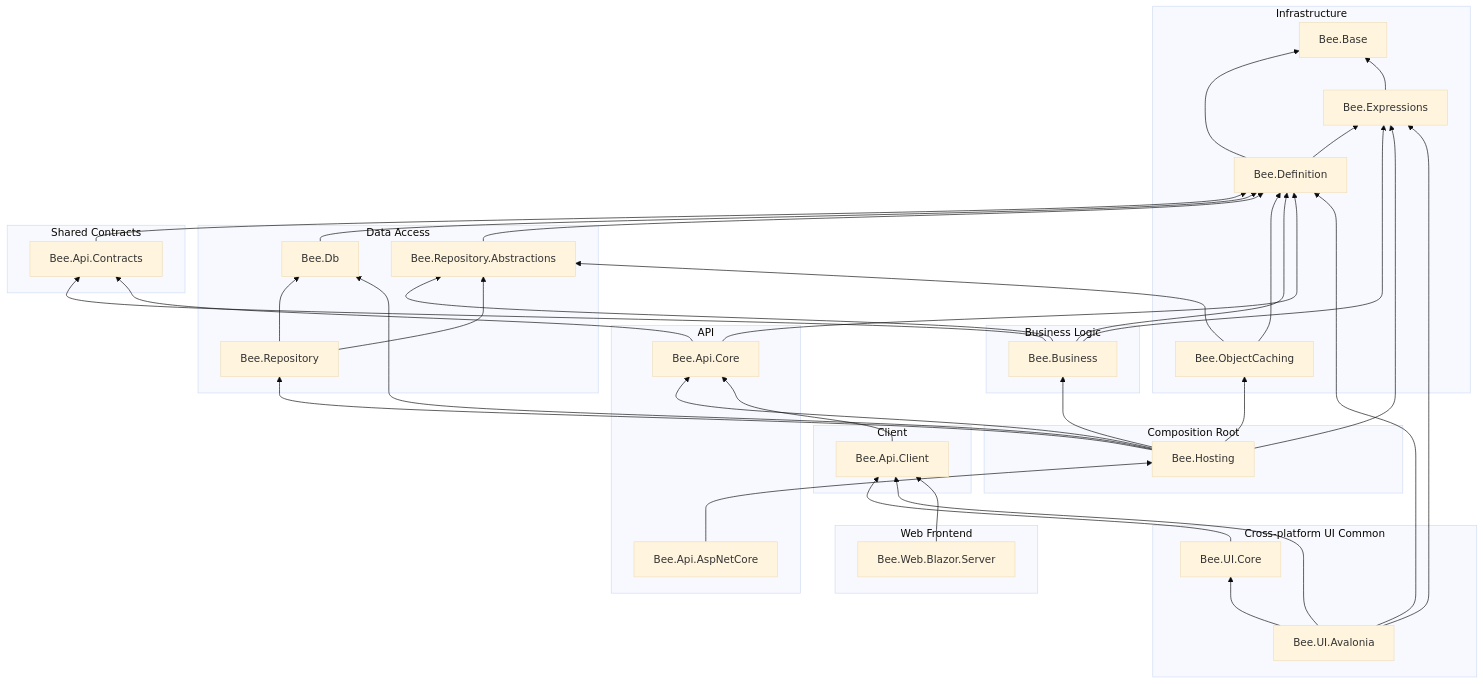
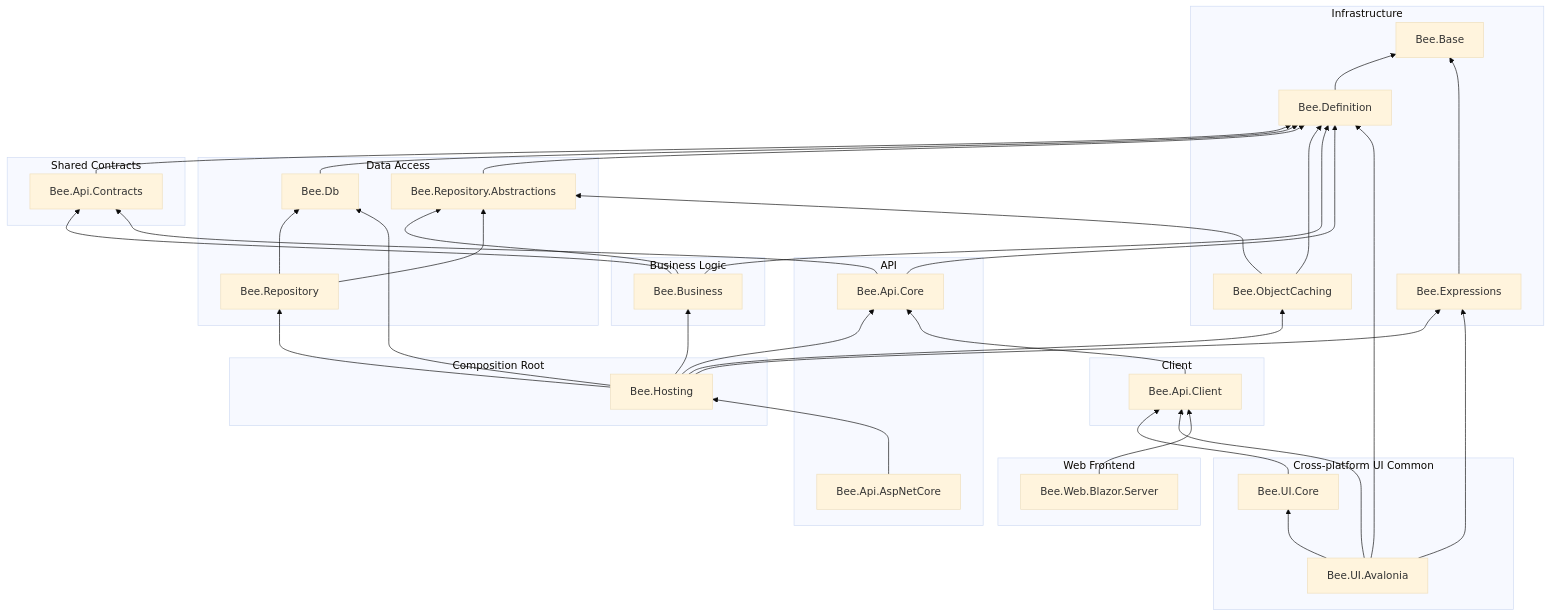
Before and after one commit to jeff377/bee-library: the diagram in docs/dependency-map.md, drawn with Mermaid (base theme). The commit also changed other lines of this file and 32 other files, not shown here.

````diff
--- a/docs/dependency-map.md
+++ b/docs/dependency-map.md
@@ -11,76 +11,74 @@
 ```mermaid
 graph BT
   subgraph Infrastructure
     Base["Bee.Base"]
     Expressions["Bee.Expressions"]
     Definition["Bee.Definition"]
     Caching["Bee.ObjectCaching"]
   end
 
   subgraph DataAccess [Data Access]
     RepoAbs["Bee.Repository.Abstractions"]
     Db["Bee.Db"]
     Repo["Bee.Repository"]
   end
 
   subgraph BusinessLogic [Business Logic]
     Business["Bee.Business"]
   end
 
   subgraph SharedContracts [Shared Contracts]
     Contracts["Bee.Api.Contracts"]
   end
 
   subgraph API
     Core["Bee.Api.Core"]
     AspNet["Bee.Api.AspNetCore"]
   end
 
   subgraph CompositionRoot [Composition Root]
     Hosting["Bee.Hosting"]
   end
 
   subgraph ClientLayer [Client]
     Client["Bee.Api.Client"]
   end
 
   subgraph CrossPlatformUI [Cross-platform UI Common]
     UICore["Bee.UI.Core"]
     UIAvalonia["Bee.UI.Avalonia"]
   end
 
   subgraph WebFrontend [Web Frontend]
     BlazorSrv["Bee.Web.Blazor.Server"]
   end
 
   Definition --> Base
   Expressions --> Base
-  Definition --> Expressions
-  Business --> Expressions
   Hosting --> Expressions
   UIAvalonia --> Expressions
   Contracts --> Definition
   Db --> Definition
   RepoAbs --> Definition
   Caching --> Definition
   Caching --> RepoAbs
   Business --> Contracts
   Business --> Definition
   Business --> RepoAbs
   Repo --> Db
   Repo --> RepoAbs
   Core --> Contracts
   Core --> Definition
   Hosting --> Core
   Hosting --> Business
   Hosting --> Db
   Hosting --> Repo
   Hosting --> Caching
   AspNet --> Hosting
   Client --> Core
   UICore --> Client
   UIAvalonia --> UICore
   UIAvalonia --> Client
   UIAvalonia --> Definition
   BlazorSrv --> Client
 ```
````
